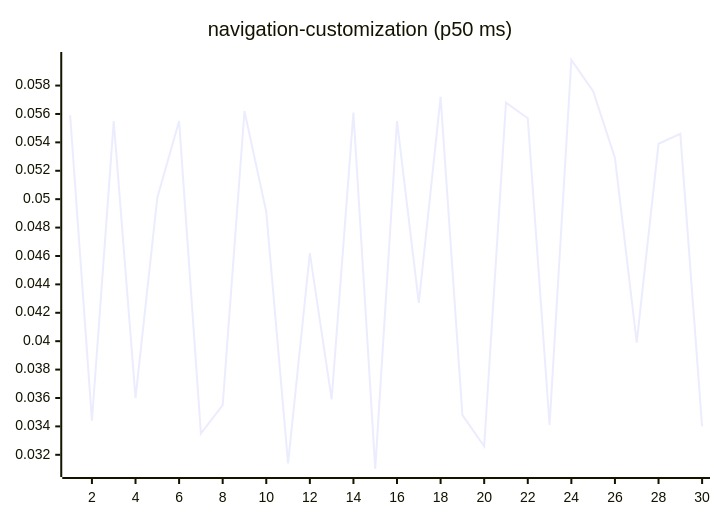
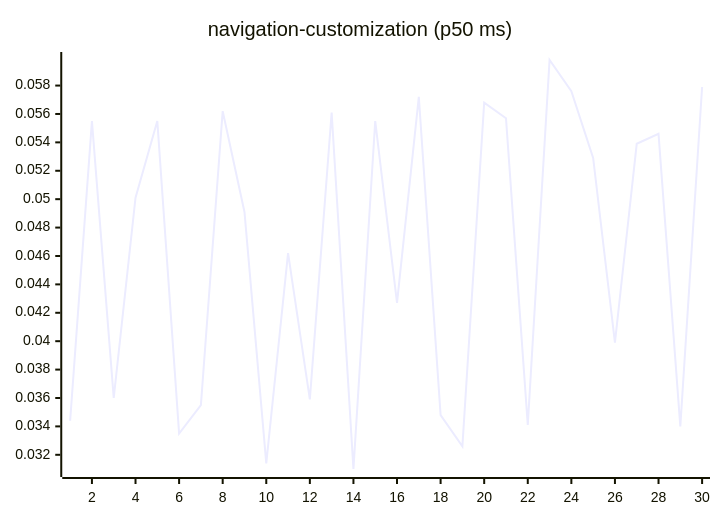
One commit to josha/Facet changed diagram 15 of 27 in README.md. Above: the diagram before and after it, drawn with Mermaid. The commit also changed other lines of this file and 2 other files, not shown here.

````diff
--- a/README.md
+++ b/README.md
@@ -161,6 +161,6 @@
 ```mermaid
 xychart-beta
     title "navigation-customization (p50 ms)"
     x-axis 1 --> 30
-    line [0.0559, 0.0344, 0.0555, 0.0360, 0.0501, 0.0555, 0.0335, 0.0355, 0.0562, 0.0491, 0.0314, 0.0462, 0.0359, 0.0561, 0.0310, 0.0555, 0.0427, 0.0572, 0.0348, 0.0326, 0.0568, 0.0557, 0.0341, 0.0598, 0.0576, 0.0529, 0.0399, 0.0539, 0.0546, 0.0340]
+    line [0.0344, 0.0555, 0.0360, 0.0501, 0.0555, 0.0335, 0.0355, 0.0562, 0.0491, 0.0314, 0.0462, 0.0359, 0.0561, 0.0310, 0.0555, 0.0427, 0.0572, 0.0348, 0.0326, 0.0568, 0.0557, 0.0341, 0.0598, 0.0576, 0.0529, 0.0399, 0.0539, 0.0546, 0.0340, 0.0579]
 ```
````
